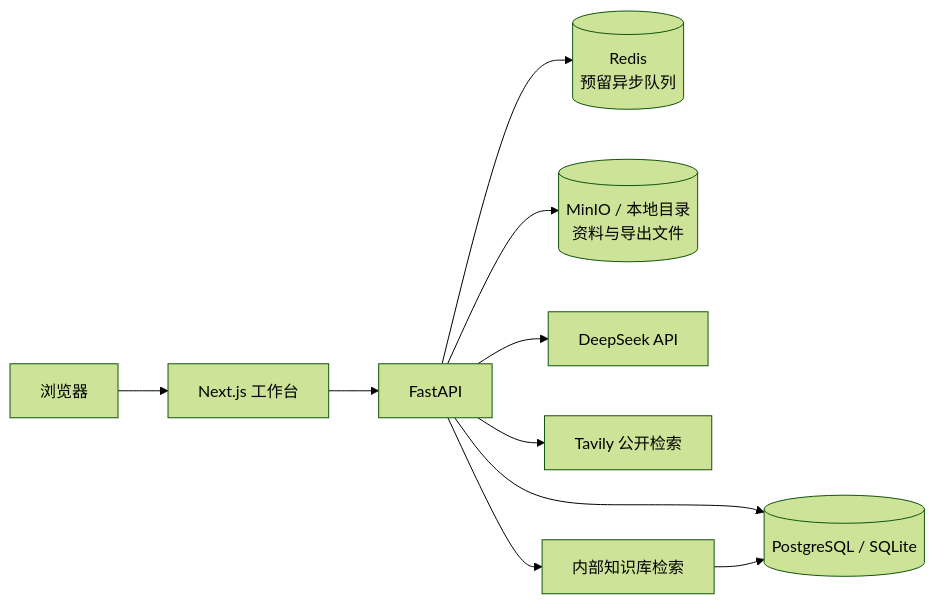
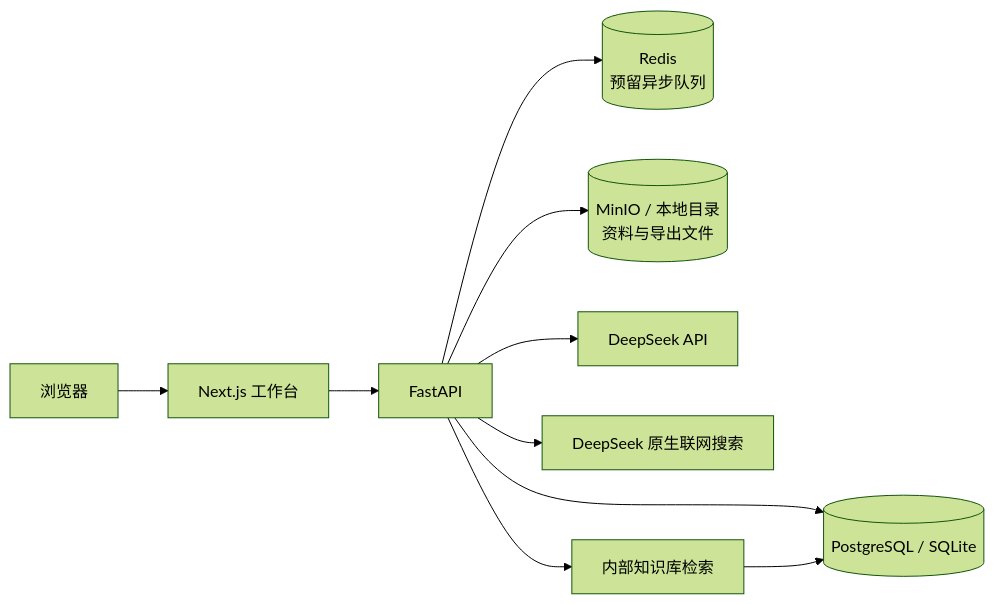
Before and after one commit to yooyoui/AgentDemo: the first of 2 diagrams in README.md, drawn with Mermaid (forest theme). The commit also changed other lines of this file and 16 other files, not shown here.

````diff
--- a/README.md
+++ b/README.md
@@ -20,12 +20,12 @@
 ```mermaid
 flowchart LR
     U[浏览器] --> F[Next.js 工作台]
     F --> A[FastAPI]
     A --> D[(PostgreSQL / SQLite)]
     A --> R[(Redis\n预留异步队列)]
     A --> O[(MinIO / 本地目录\n资料与导出文件)]
     A --> L[DeepSeek API]
-    A --> T[Tavily 公开检索]
+    A --> T[DeepSeek 原生联网搜索]
     A --> K[内部知识库检索]
     K --> D
 ```
````
